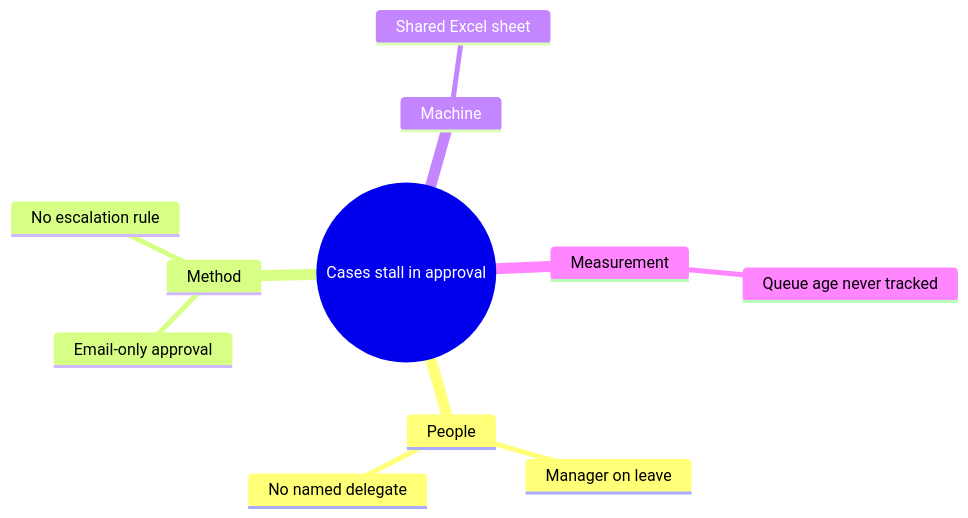
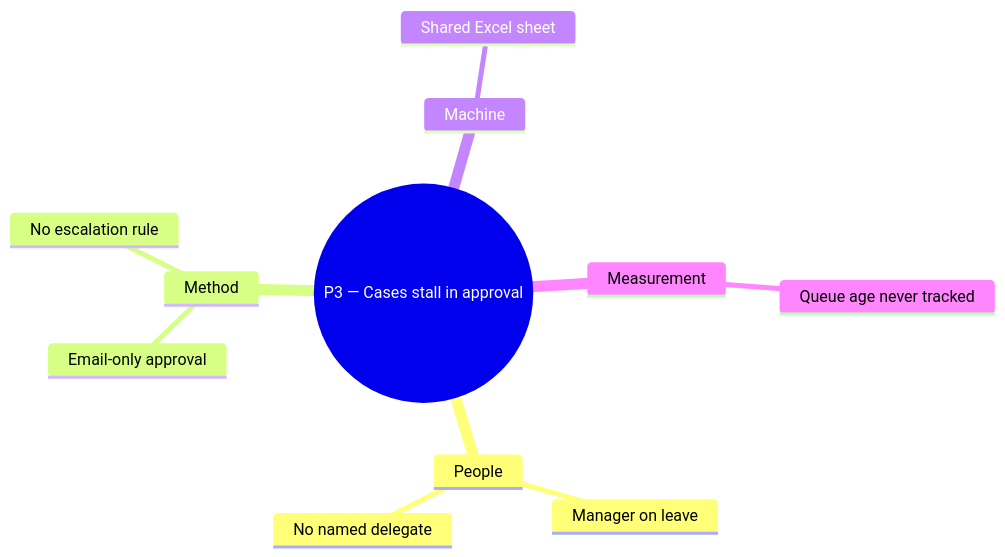
Before and after one commit to ultima95/business-analysis-skill: the second of 2 diagrams in skills/business-analysis/references/process-analysis.md, drawn with Mermaid. The commit also changed other lines of this file and 2 other files, not shown here.

````diff
--- a/skills/business-analysis/references/process-analysis.md
+++ b/skills/business-analysis/references/process-analysis.md
@@ -143,14 +143,14 @@
 ```mermaid
 mindmap
-  root((Cases stall in approval))
+  root((P3 — Cases stall in approval))
     People
       Manager on leave
       No named delegate
     Method
       Email-only approval
       No escalation rule
     Machine
       Shared Excel sheet
     Measurement
       Queue age never tracked
 ```
````
